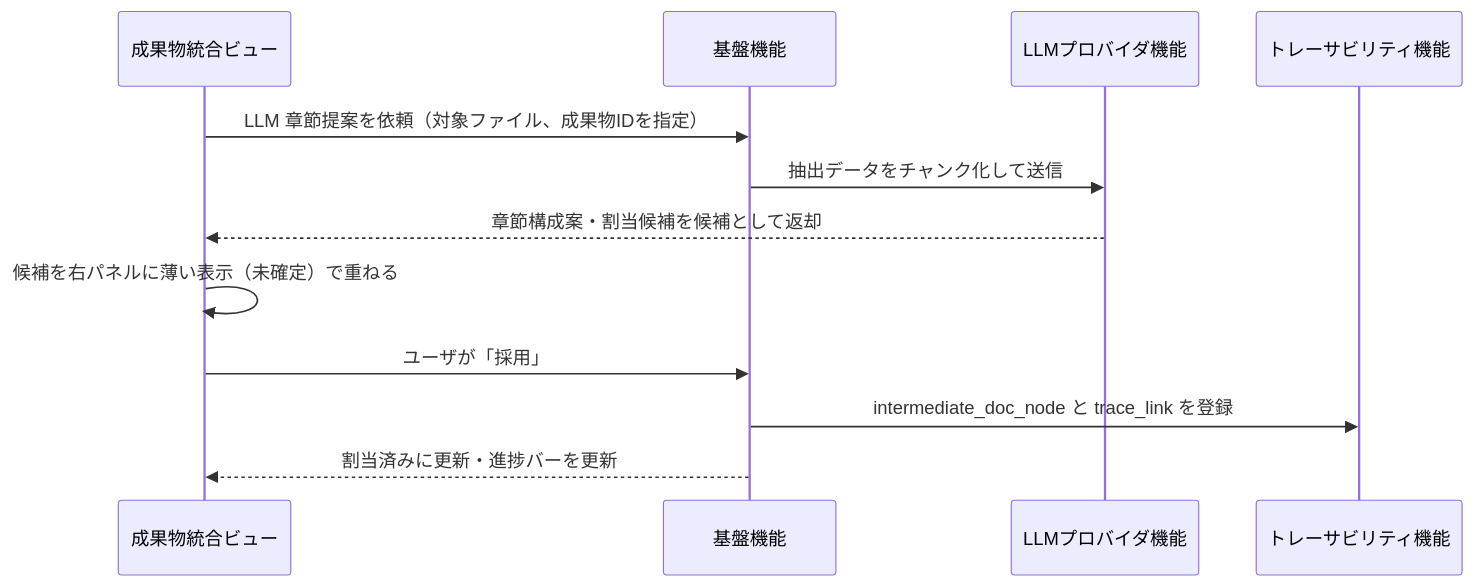
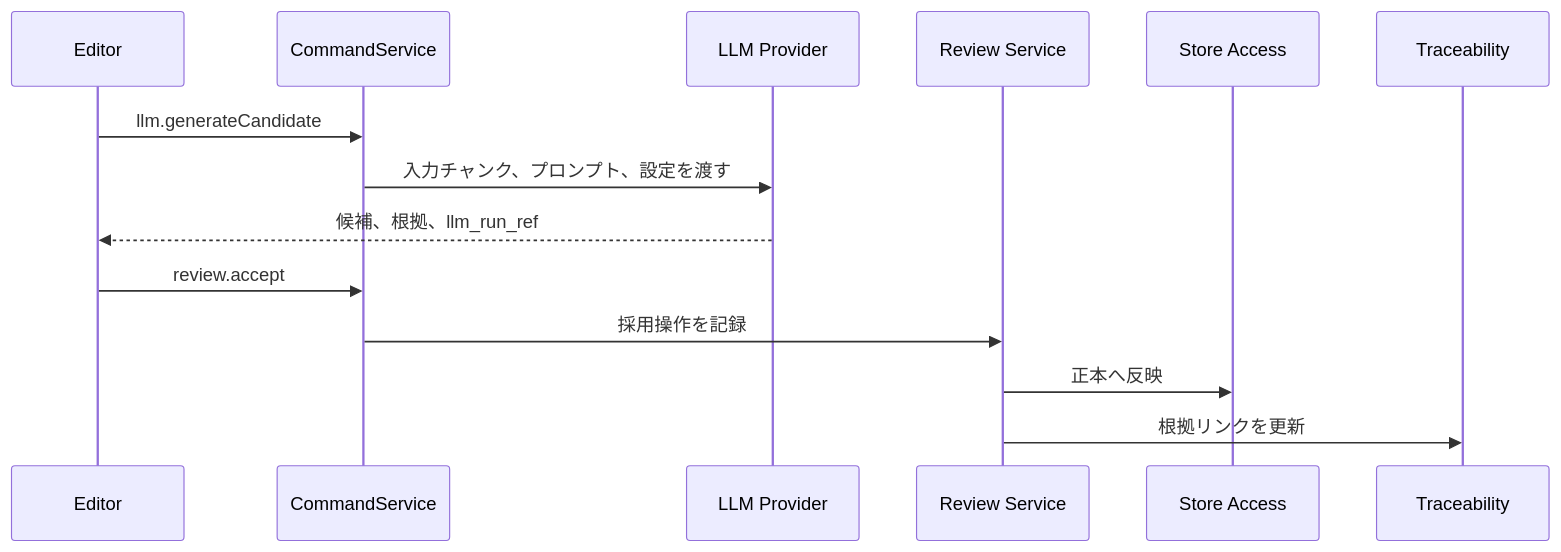
Before and after one commit to kfuruichi0920/d2d: the third of 3 diagrams in docs/sdd_ui_design.md, drawn with Mermaid. The commit also changed other lines of this file and 3 other files, not shown here.

````diff
--- a/docs/sdd_ui_design.md
+++ b/docs/sdd_ui_design.md
@@ -263,15 +297,17 @@
 ```mermaid
 sequenceDiagram
-    participant UI as 成果物統合ビュー
-    participant Host as 基盤機能
-    participant LLM as LLMプロバイダ機能
-    participant Trace as トレーサビリティ機能
+    participant Editor as Editor
+    participant Command as CommandService
+    participant LLM as LLM Provider
+    participant Review as Review Service
+    participant Store as Store Access
+    participant Trace as Traceability
 
-    UI->>Host: LLM 章節提案を依頼（対象ファイル、成果物IDを指定）
-    Host->>LLM: 抽出データをチャンク化して送信
-    LLM-->>UI: 章節構成案・割当候補を候補として返却
-    UI->>UI: 候補を右パネルに薄い表示（未確定）で重ねる
-    UI->>Host: ユーザが「採用」
-    Host->>Trace: intermediate_doc_node と trace_link を登録
-    Host-->>UI: 割当済みに更新・進捗バーを更新
+    Editor->>Command: llm.generateCandidate
+    Command->>LLM: 入力チャンク、プロンプト、設定を渡す
+    LLM-->>Editor: 候補、根拠、llm_run_ref
+    Editor->>Command: review.accept
+    Command->>Review: 採用操作を記録
+    Review->>Store: 正本へ反映
+    Review->>Trace: 根拠リンクを更新
 ```
````
